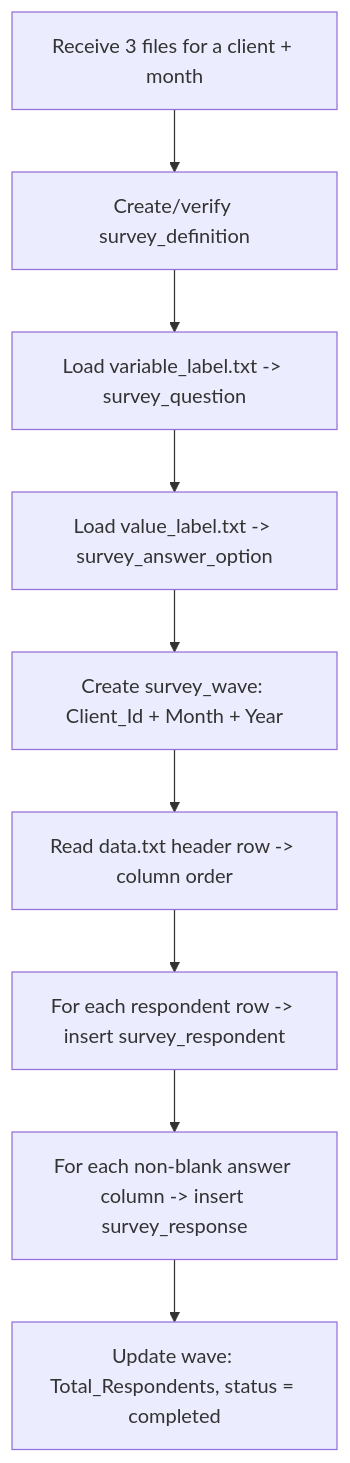
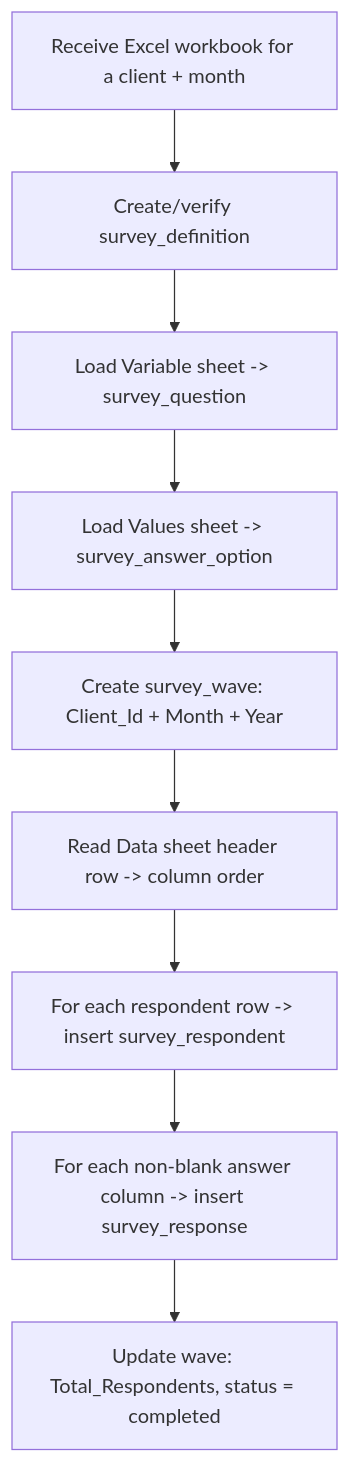
One commit to wayash0608/document changed the second of 3 diagrams in survey-data-import-solution-v2.md. Above: the diagram before and after it, drawn with Mermaid. The commit also changed other lines of this file, not shown here.

````diff
--- a/survey-data-import-solution-v2.md
+++ b/survey-data-import-solution-v2.md
@@ -369,11 +382,11 @@
 ```mermaid
 flowchart TD
-    A[Receive 3 files for a client + month] --> B[Create/verify survey_definition]
-    B --> C[Load variable_label.txt -> survey_question]
-    C --> D[Load value_label.txt -> survey_answer_option]
+    A[Receive Excel workbook for a client + month] --> B[Create/verify survey_definition]
+    B --> C[Load Variable sheet -> survey_question]
+    C --> D[Load Values sheet -> survey_answer_option]
     D --> E[Create survey_wave: Client_Id + Month + Year]
-    E --> F[Read data.txt header row -> column order]
+    E --> F[Read Data sheet header row -> column order]
     F --> G[For each respondent row -> insert survey_respondent]
     G --> H[For each non-blank answer column -> insert survey_response]
     H --> I[Update wave: Total_Respondents, status = completed]
 ```
````
